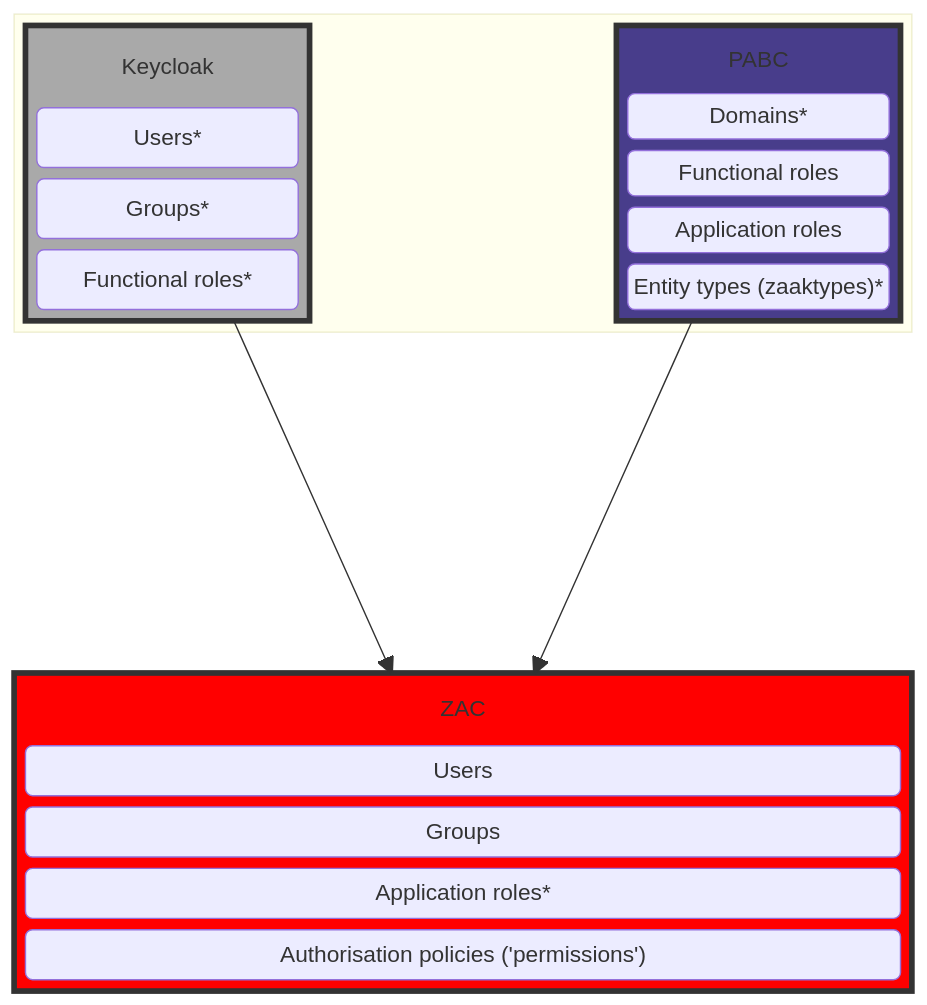
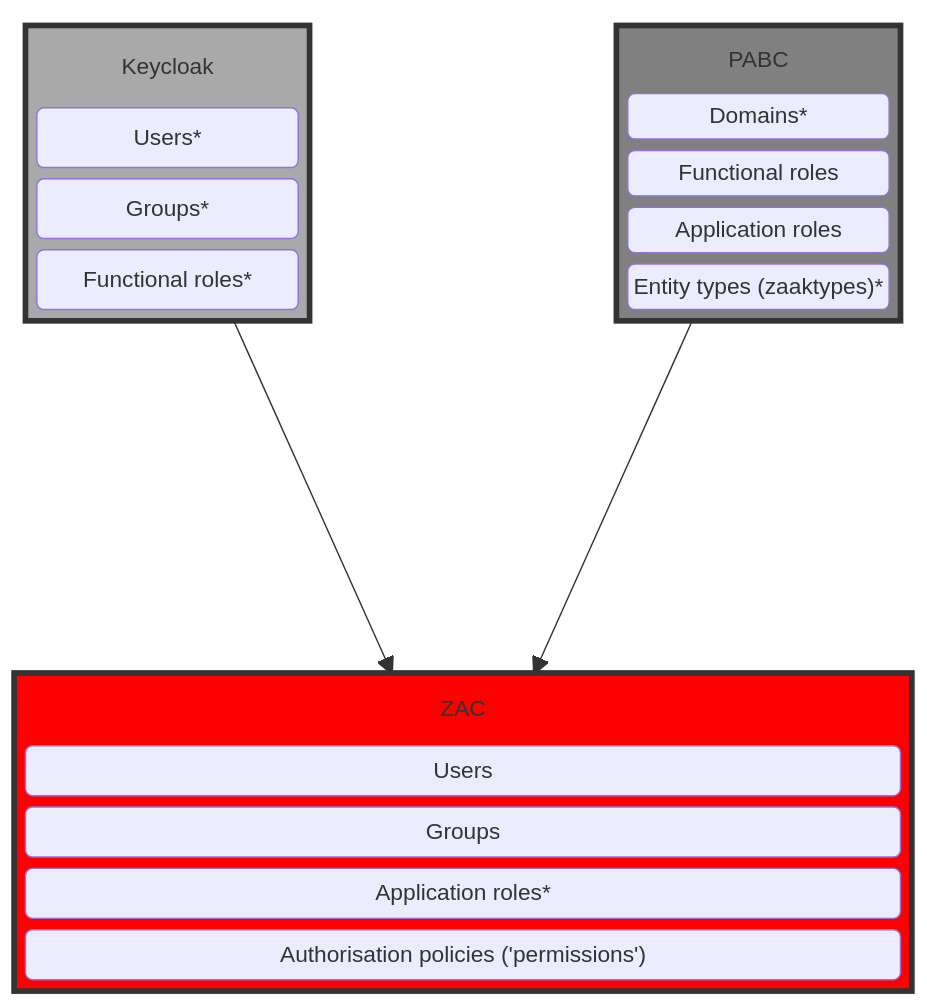
One commit to infonl/dimpact-zaakafhandelcomponent changed the third of 4 diagrams in docs/solution-architecture/iamArchitecture.md. Above: the diagram before and after it, drawn with Mermaid. The commit also changed 3 other files, not shown here.

````diff
--- a/docs/solution-architecture/iamArchitecture.md
+++ b/docs/solution-architecture/iamArchitecture.md
@@ -131,45 +131,46 @@
 ```mermaid
 block-beta
     columns 1
     block:IAM
         block:Keycloak
             columns 1
             keycloakBlockTitle("Keycloak"):1
             UsersSource("Users*")
             GroupsSource("Groups*")
             FunctionalRolesSource("Functional roles*")
         end
         space
         block:PABC
             columns 1
             pabcBlockTitle("PABC"):1
             Domains("Domains*")
             FunctionalRoles("Functional roles")
             ApplicationRoles("Application roles")
             EntityTypes("Entity types (zaaktypes)*")
         end
     end
     space
     block:ZAC
         columns 1
         zacBlockTitle("ZAC"):1
         Users("Users")
         Groups("Groups")
         ApplicationRolesSource("Application roles*")
         Policies("Authorisation policies ('permissions')")
     end
     
     Keycloak --> ZAC
     PABC --> ZAC
     
     %% workaround to make sure titles of sub-blocks are vertically aligned
     %% see: https://github.com/mermaid-js/mermaid/issues/5423
+    class IAM BT
     class keycloakBlockTitle BT
     class zacBlockTitle BT
     class pabcBlockTitle BT
     classDef BT stroke:transparent,fill:transparent
 
     style Keycloak fill:darkgrey,stroke:#333,stroke-width:4px
     style ZAC fill:red,stroke:#333,stroke-width:4px
-    style PABC fill:darkslateblue,stroke:#333,stroke-width:4px
+    style PABC fill:grey,stroke:#333,stroke-width:4px
 ```
````
